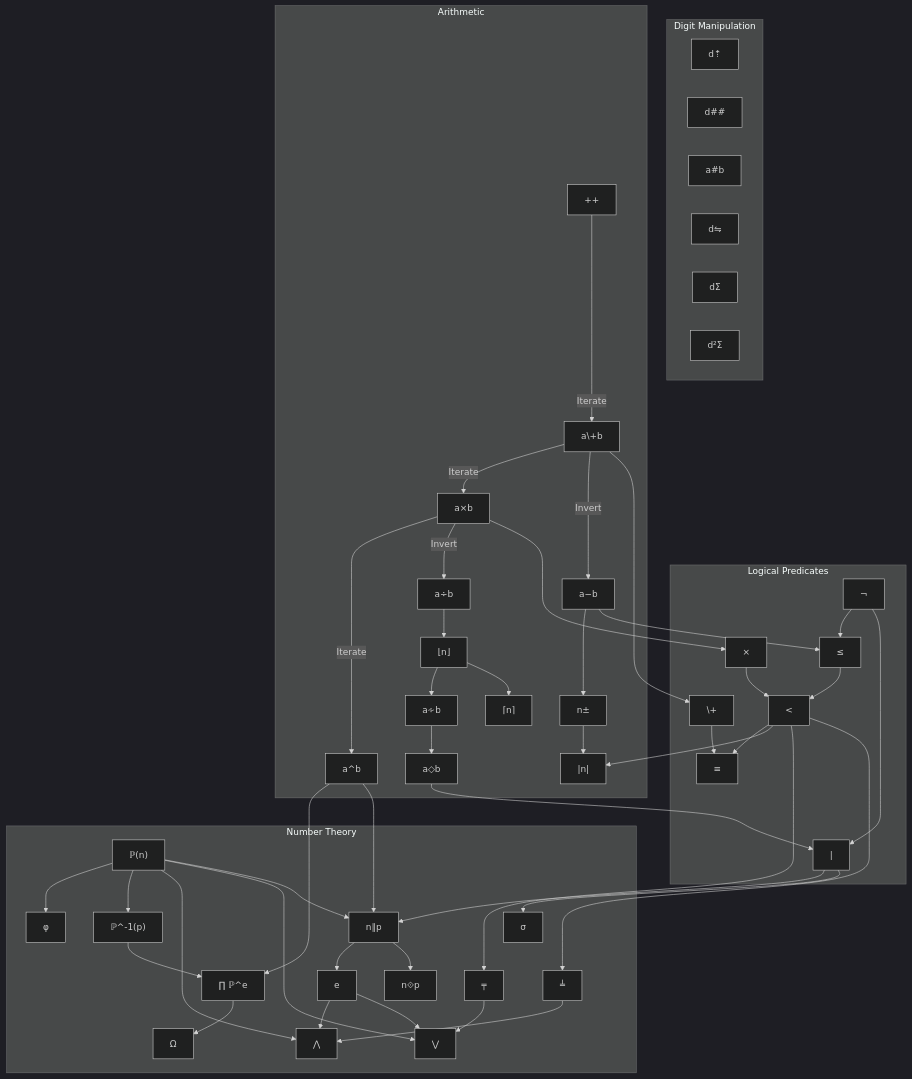
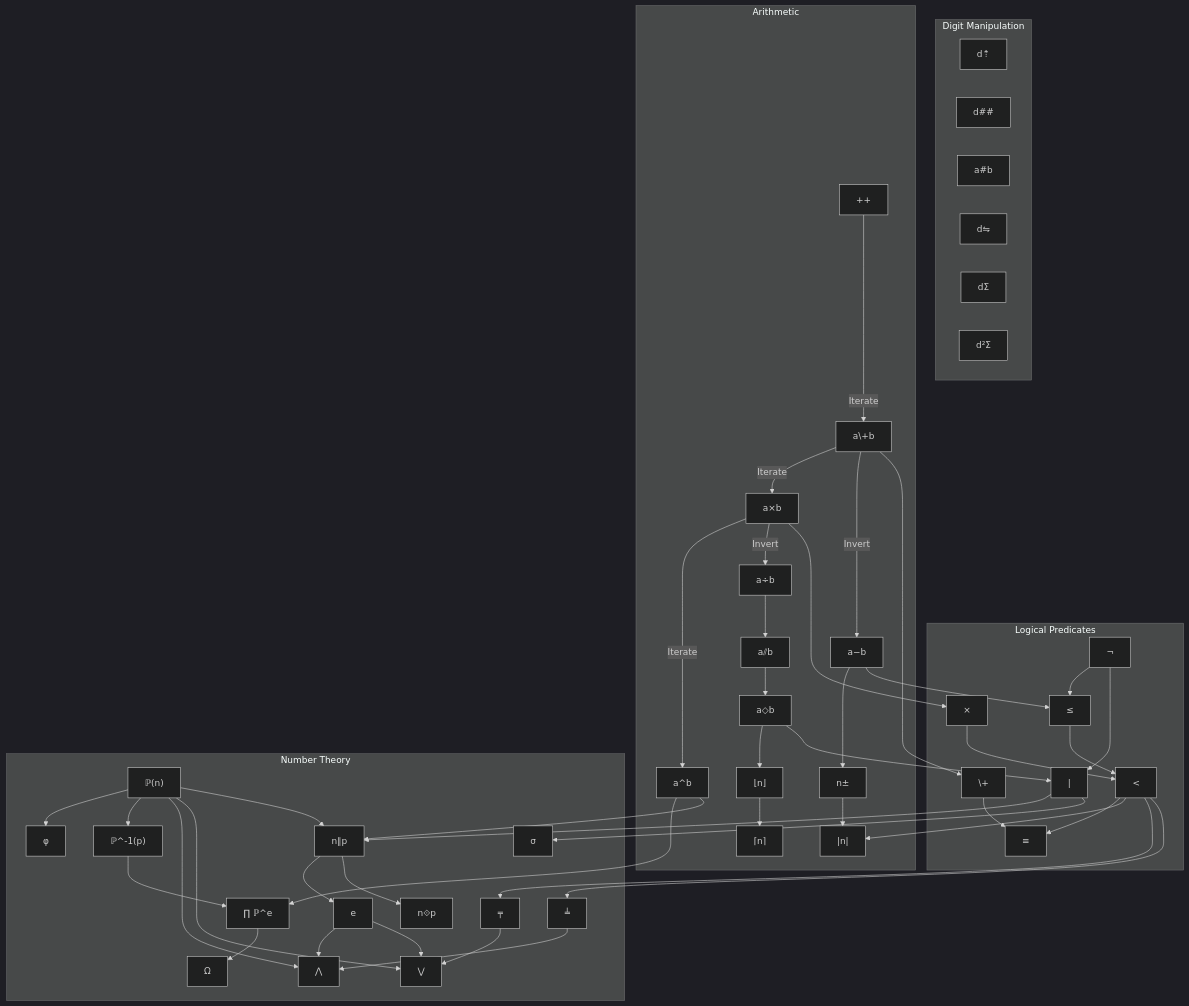
Before and after one commit to Gammapod/AutoCalc: the diagram in docs/design_refs/dependency_map.mmd, drawn with Mermaid (dark theme). The commit also changed 18 other files, not shown here.

```diff
--- a/docs/design_refs/dependency_map.mmd
+++ b/docs/design_refs/dependency_map.mmd
@@ -1,146 +1,146 @@
 flowchart TD
 
 %% subgraph Inputs ["Value Expression"]
 %%     Iim["i"]
 %%     Idigits["0-9"]
 %% end
 %% subgraph Utilities ["Utilities"]
 %%     Uc["C"]
 %%     Uce["CE"]
 %% end
 %% subgraph Expressable ["Expressable Values"]
 %%     NP["ℙ (2)"]
 %%     NN["ℕ (1)"]
 %%     NZ["ℤ (-1)"]
 %%     NQ["ℚ (1/2)"]
 %%     NA["𝔸 (√2)"]
 %%     NR["ℝ (π)"]
 %%     NC["ℂ (√-1)"]
 %%     NP --> NN --> NZ --> NQ --> NA --> NR --> NC
 %% end
 
 subgraph Digits ["Digit Manipulation"]
     Dsort["d⇡"]
     Dcount["d##"]
     Ddigitn["a#b"]
     Dmirror["d⇋"]
     Ddigsum["dΣ"]
     Ddigsq["d²Σ"]
 end
 
 subgraph Logic ["Logical Predicates"]
     Lnot["¬"]
     %% Expanded form `[ ≤ 0 ]`
     Llte["≤"]
     %% Expanded form `[ ¬(a-b) ]
     Llt["<"]
     %% Expanded form `[ (a≤b) × ¬(¬(a-b))]
     Ldiv["|"]
     %% Expanded form `[ ¬(a◇b) ]
     Leq["≡"]
     %% Expanded form `[ ¬((a<b) + (b<a)) ]
     Land["×"]
     Lor["\+"]
     
     Lnot --> Llte --> Llt
     Lnot --> Ldiv
     Land --> Llt --> Leq
     Lor --> Leq
 end
 
 subgraph Arithmetic ["Arithmetic"]
     Ainc["++"]
     Aminus["a−b"]
     Aplus["a\+b"]
     Amul["a×b"]
     Aneg["n±"]
     Aabs["|n|"]
     %% Expanded form `[ (¬(n) × ±n) + ((0<n) × n) ]`
     Adiv["a÷b"]
     Afloor["⌊n⌋"]
-    %% Expanded form `[a÷b] - FrAC`
-    Aeudiv["a∻b"]
-    %% Expanded form `[ ⌊a÷b⌋ ] `
+    %% Expanded form `[ a-a◇1 ]`
+    Aeudiv["a⫽b"]
+    %% Expanded form `[ a÷b - FrAC ] `
     Aceil["⌈n⌉"]
     %% Expanded form `[ ⌊n⌋++ ]`
     Apow["a^b"]
     Amod["a◇b"]
-    %% Expanded form `[ (a÷b) - (a∻b) ]`
+    %% Expanded form `[ (a÷b) - (a⫽b) ]`
 
     Ainc -->|Iterate| Aplus
     Aplus -->|Iterate| Amul
     Amul -->|Iterate| Apow
 
-    Adiv --> Afloor
-    Afloor --> Aeudiv
+    Amod --> Afloor
+    Adiv --> Aeudiv
     Aeudiv --> Amod
     Afloor --> Aceil
 
     Aplus -->|Invert| Aminus
     Amul -->|Invert| Adiv
 
     Aminus --> Aneg    
     Aneg --> Aabs
 end
 
 subgraph Theory ["Number Theory"]
     Tntop["ℙ(n)"]
     %% Returns nth prime. ℙ(3) = 5
     Tpton["ℙ^-1(p)"]
     %% Returns index of prime p. ℙ^-1(5) = 3
     Tpadic["n∥p"]
     %% Expanded form `?`
     Texponent["e"]
     Tprime_expansion["∏ ℙ^e"]
     Tomega["Ω"]
     %% Expanded form `[ Σe_p ]`
     Ttotient["φ"]
     %% Expanded form `[ n × ∏(1-p^-1) ]`
     Tdivisor_sum["σ"]
     %% Expanded form `[ Σ( (d|n) × d) ]`
     Tgcd["⋀"]
     %% Expanded form `[ ∏p^(e_a ╤ e_b) ]`
     Tlcm["⋁"]
     %% Expanded form `[ ∏p^(e_a ╧ e_b) ]`
     Tmax["╧"]
     %% Expanded form `[ ((a<b)×b) + ¬((a≤b)×a) ]`
     Tmin["╤"]  
     %% Expanded form `[ ((a<b)×a) + ¬((a≤b)×b) ]`
     Tres["n⟐p"]
     %% %% Expanded form `n⟐p -> n/(p^(n∥p))`
     %% %% Expanded form `60⟐2=15 -> 60/(2^2)=15`
 
     Tntop --> Ttotient
 
     Tntop --> Tpton --> Tprime_expansion --> Tomega
 
     Tntop --> Tgcd
     Texponent --> Tgcd
     Tmax --> Tgcd
 
     Tntop --> Tlcm
     Texponent --> Tlcm
     Tmin --> Tlcm
     Tntop --> Tpadic --> Texponent
     Tpadic --> Tres
 end
 
 Ldiv --> Tpadic
 Llt --> Aabs
 Amod --> Ldiv
 Apow --> Tprime_expansion
 Apow --> Tpadic
 Ldiv --> Tdivisor_sum
 Llt --> Tmin
 Llt --> Tmax
 Aminus --> Llte
 Amul --> Land
 Aplus --> Lor
 
     %% 
 %% Idigits --> NN
 %% 
 %% Aneg --> NZ
 %% 
 %% Adiv --> NQ
 %% Iim --> NC
```
